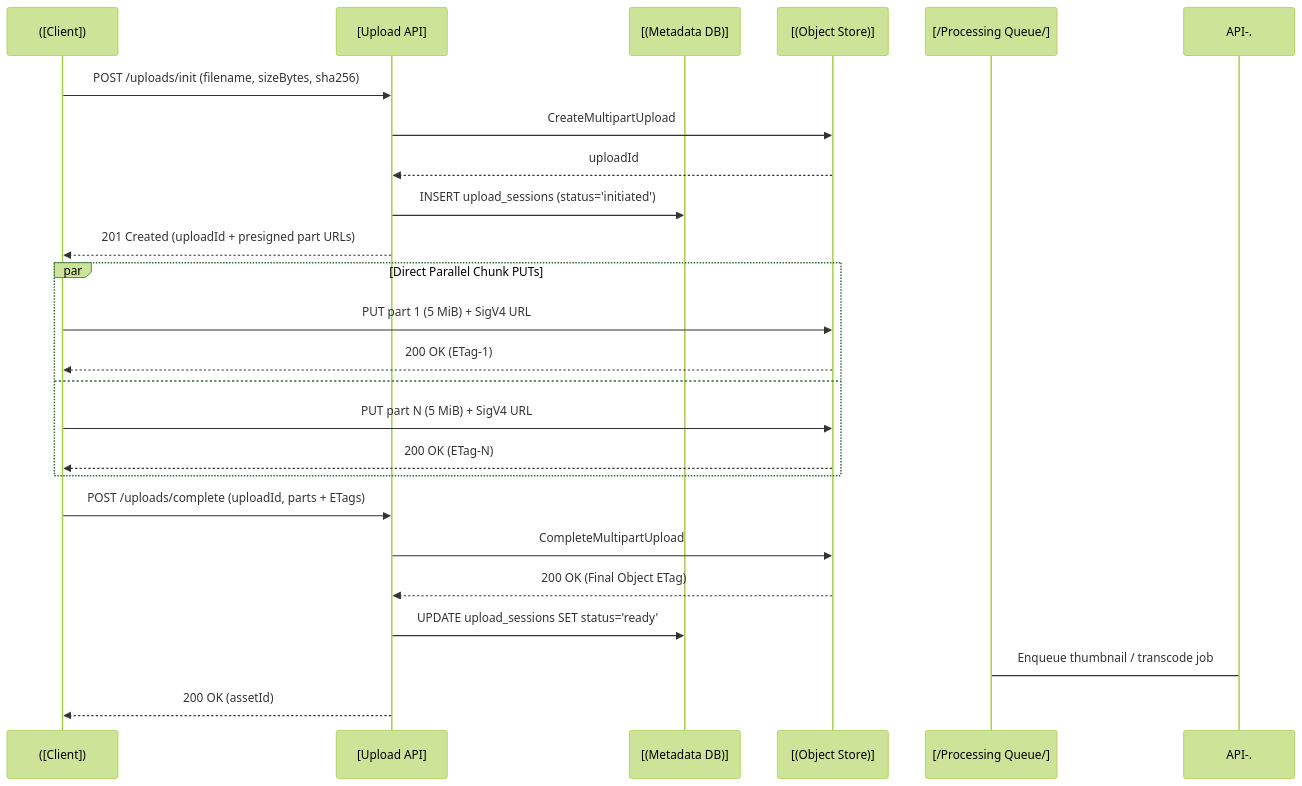
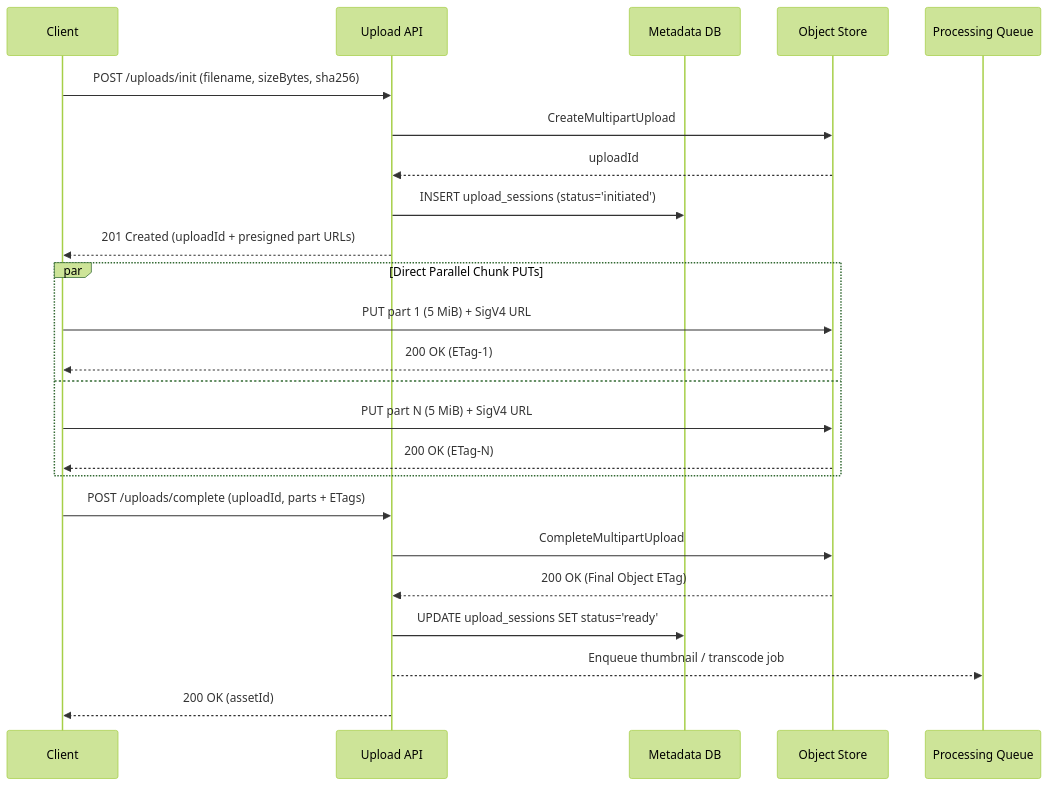
Before and after one commit to stack-shade/courses: the diagram in courses/system-design/diagrams/presigned-multipart-upload.mmd, drawn with Mermaid (forest theme). The commit also changed 65 other files, not shown here.

Commit message:
Animate all 40 visuals, embed live sims inline, and fix/retheme all Mermaid diagrams

```diff
--- a/courses/system-design/diagrams/presigned-multipart-upload.mmd
+++ b/courses/system-design/diagrams/presigned-multipart-upload.mmd
@@ -1,27 +1,27 @@
 sequenceDiagram
-  participant C as ([Client])
-  participant API as [Upload API]
-  participant DB as [(Metadata DB)]
-  participant S3 as [(Object Store)]
-  participant Q as [/Processing Queue/]
+  participant C as Client
+  participant API as Upload API
+  participant DB as Metadata DB
+  participant S3 as Object Store
+  participant Q as Processing Queue
 
   C->>API: POST /uploads/init (filename, sizeBytes, sha256)
   API->>S3: CreateMultipartUpload
   S3-->>API: uploadId
   API->>DB: INSERT upload_sessions (status='initiated')
   API-->>C: 201 Created (uploadId + presigned part URLs)
 
   par Direct Parallel Chunk PUTs
     C->>S3: PUT part 1 (5 MiB) + SigV4 URL
     S3-->>C: 200 OK (ETag-1)
   and
     C->>S3: PUT part N (5 MiB) + SigV4 URL
     S3-->>C: 200 OK (ETag-N)
   end
 
   C->>API: POST /uploads/complete (uploadId, parts + ETags)
   API->>S3: CompleteMultipartUpload
   S3-->>API: 200 OK (Final Object ETag)
   API->>DB: UPDATE upload_sessions SET status='ready'
-  API-.->Q: Enqueue thumbnail / transcode job
+  API-->>Q: Enqueue thumbnail / transcode job
   API-->>C: 200 OK (assetId)
```
